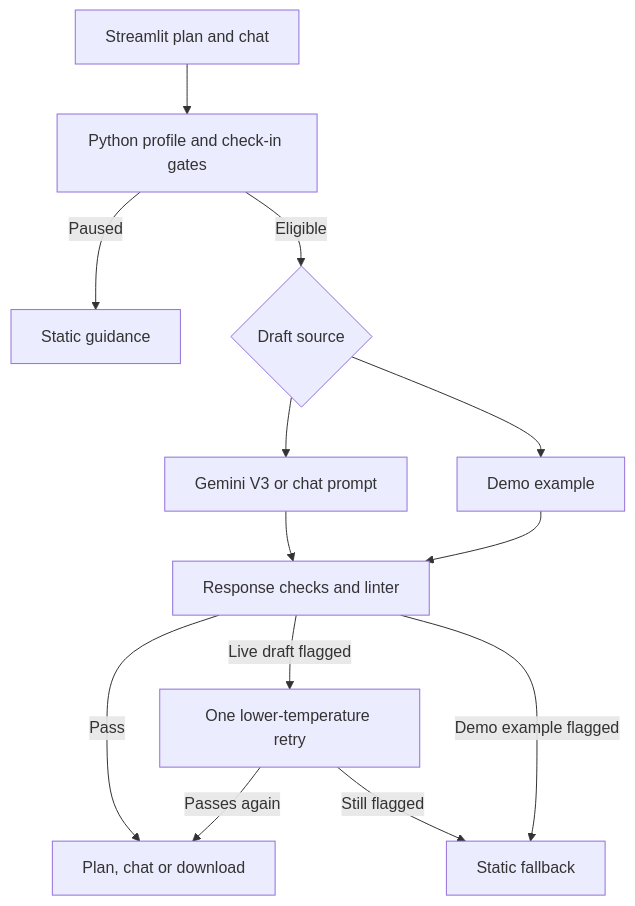
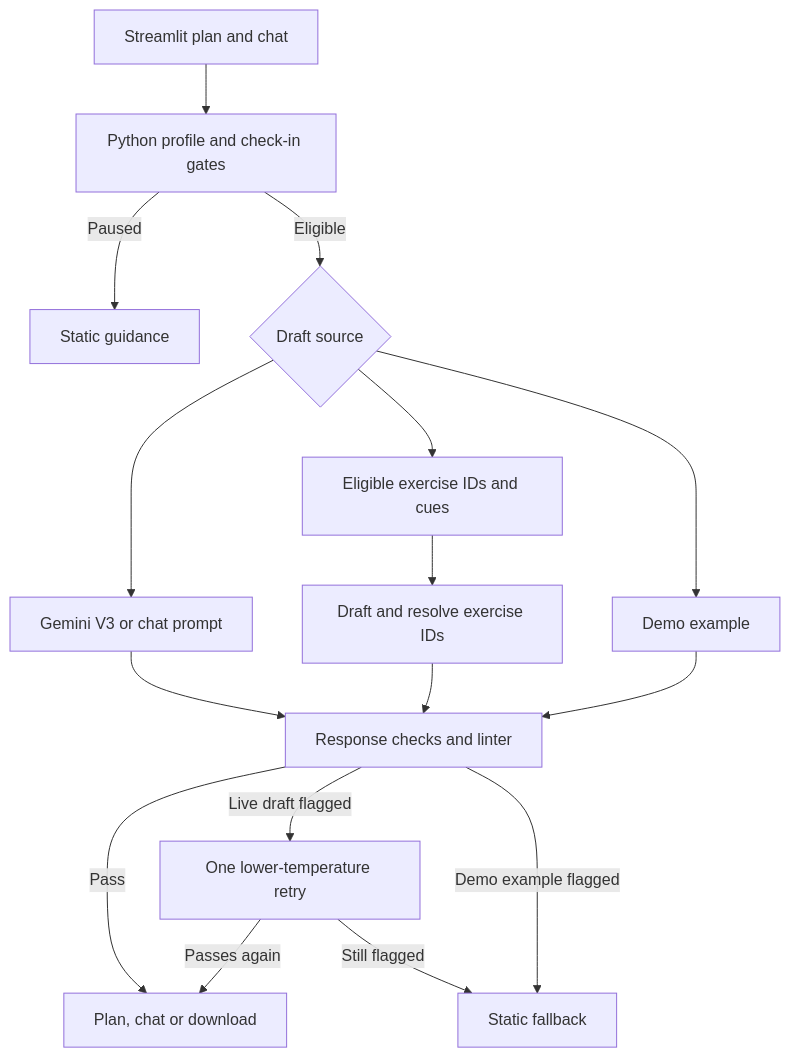
One commit to adrian-hue-pixel/CoachBot-AI changed the diagram in README.md. Above: the diagram before and after it, drawn with Mermaid. The commit also changed other lines of this file and 12 other files, not shown here.

````diff
--- a/README.md
+++ b/README.md
@@ -19,15 +20,18 @@
 ```mermaid
 flowchart TD
     UI["Streamlit plan and chat"] --> Gate["Python profile and check-in gates"]
     Gate -->|Paused| Referral["Static guidance"]
     Gate -->|Eligible| Source{"Draft source"}
     Source --> Live["Gemini V3 or chat prompt"]
+    Source --> Menu["Eligible exercise IDs and cues"]
     Source --> Demo["Demo example"]
     Live --> Lint["Response checks and linter"]
+    Menu --> IDs["Draft and resolve exercise IDs"]
+    IDs --> Lint
     Demo --> Lint
     Lint -->|Pass| Show["Plan, chat or download"]
     Lint -->|Live draft flagged| Retry["One lower-temperature retry"]
     Retry -->|Passes again| Show
     Retry -->|Still flagged| Safe["Static fallback"]
     Lint -->|Demo example flagged| Safe
 ```
````
